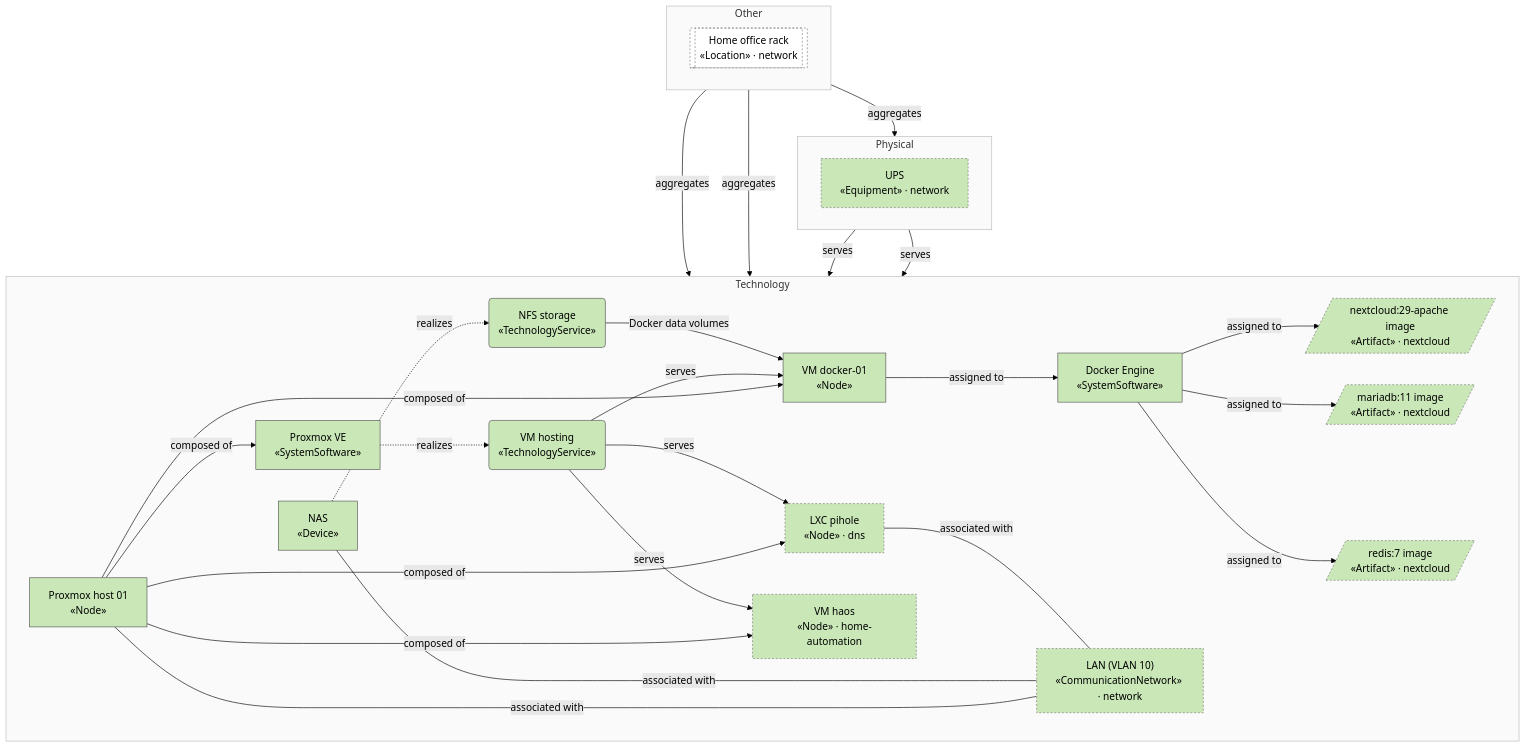
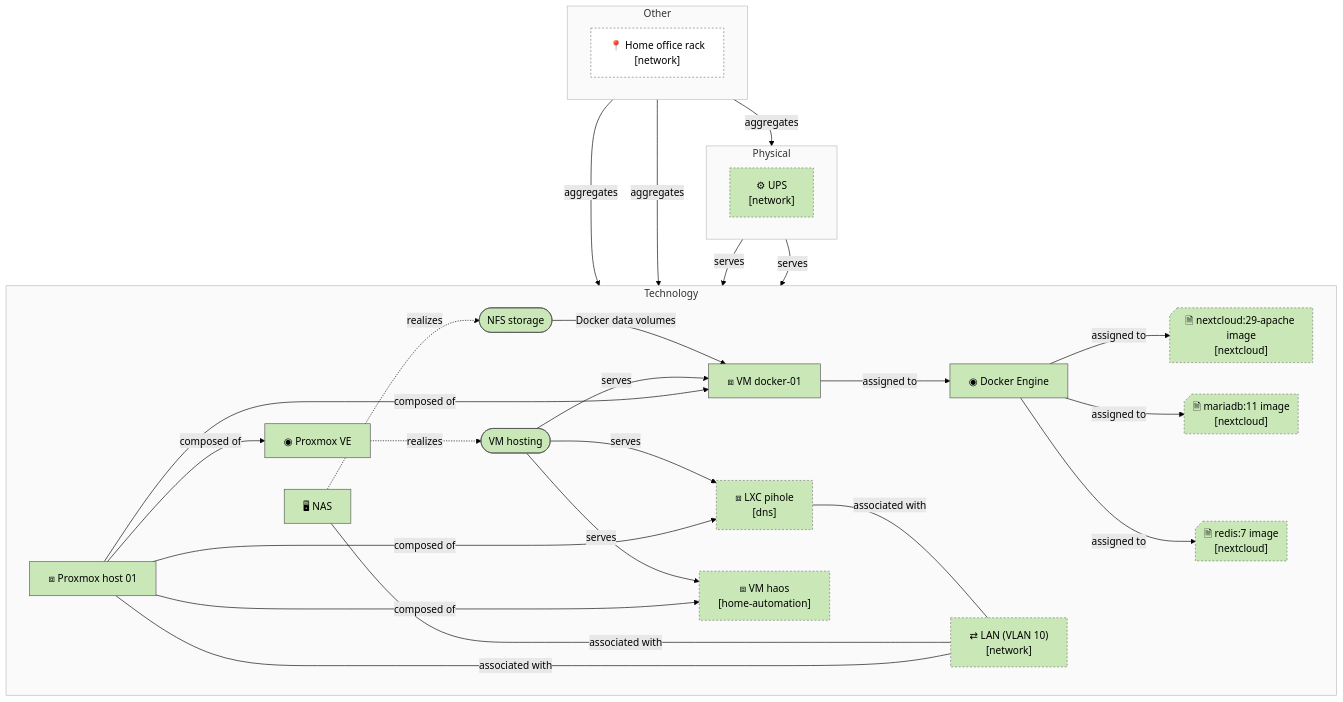
Before and after one commit to b-zig/a4m: the second of 3 diagrams in docs/compute/view-infrastructure.md, drawn with Mermaid (forest theme). The commit also changed other lines of this file and 15 other files, not shown here.

First line of the commit message:
Approximate ArchiMate notation in Mermaid flowcharts

````diff
--- a/docs/compute/view-infrastructure.md
+++ b/docs/compute/view-infrastructure.md
@@ -78,60 +80,60 @@
 ```mermaid
 flowchart TB
   subgraph layer_technology["Technology"]
     direction LR
-    tech_pve_01["Proxmox host 01<br/>«Node»"]
-    tech_proxmox_ve["Proxmox VE<br/>«SystemSoftware»"]
-    tech_vm_docker["VM docker-01<br/>«Node»"]
-    tech_docker["Docker Engine<br/>«SystemSoftware»"]
-    tech_nas["NAS<br/>«Device»"]
-    tech_svc_vm_hosting("VM hosting<br/>«TechnologyService»")
-    tech_svc_nfs("NFS storage<br/>«TechnologyService»")
-    dns__tech_lxc_pihole["LXC pihole<br/>«Node» · dns"]
-    home_automation__tech_vm_haos["VM haos<br/>«Node» · home-automation"]
-    network__tech_net_lan["LAN (VLAN 10)<br/>«CommunicationNetwork» · network"]
-    nextcloud__tech_art_mariadb[/"mariadb:11 image<br/>«Artifact» · nextcloud"/]
-    nextcloud__tech_art_nextcloud[/"nextcloud:29-apache image<br/>«Artifact» · nextcloud"/]
-    nextcloud__tech_art_redis[/"redis:7 image<br/>«Artifact» · nextcloud"/]
+    tech_pve_01@{ shape: rect, label: "⧈ Proxmox host 01" }
+    tech_proxmox_ve@{ shape: rect, label: "◉ Proxmox VE" }
+    tech_vm_docker@{ shape: rect, label: "⧈ VM docker-01" }
+    tech_docker@{ shape: rect, label: "◉ Docker Engine" }
+    tech_nas@{ shape: rect, label: "🖥 NAS" }
+    tech_svc_vm_hosting@{ shape: stadium, label: "VM hosting" }
+    tech_svc_nfs@{ shape: stadium, label: "NFS storage" }
+    dns__tech_lxc_pihole@{ shape: rect, label: "⧈ LXC pihole<br/>[dns]" }
+    home_automation__tech_vm_haos@{ shape: rect, label: "⧈ VM haos<br/>[home-automation]" }
+    network__tech_net_lan@{ shape: rect, label: "⇄ LAN (VLAN 10)<br/>[network]" }
+    nextcloud__tech_art_mariadb@{ shape: notch-rect, label: "🗎 mariadb:11 image<br/>[nextcloud]" }
+    nextcloud__tech_art_nextcloud@{ shape: notch-rect, label: "🗎 nextcloud:29-apache image<br/>[nextcloud]" }
+    nextcloud__tech_art_redis@{ shape: notch-rect, label: "🗎 redis:7 image<br/>[nextcloud]" }
   end
   subgraph layer_physical["Physical"]
     direction LR
-    network__phys_ups["UPS<br/>«Equipment» · network"]
+    network__phys_ups@{ shape: rect, label: "⚙ UPS<br/>[network]" }
   end
   subgraph layer_other["Other"]
     direction LR
-    network__oth_loc_home[["Home office rack<br/>«Location» · network"]]
+    network__oth_loc_home@{ shape: rect, label: "📍 Home office rack<br/>[network]" }
   end
   tech_pve_01 -->|"composed of"| tech_proxmox_ve
   tech_pve_01 -->|"composed of"| tech_vm_docker
   tech_proxmox_ve -.->|"realizes"| tech_svc_vm_hosting
   tech_svc_vm_hosting -->|"serves"| tech_vm_docker
   tech_vm_docker -->|"assigned to"| tech_docker
   tech_nas -.->|"realizes"| tech_svc_nfs
   tech_svc_nfs -->|"Docker data volumes"| tech_vm_docker
   network__oth_loc_home -->|"aggregates"| tech_pve_01
   network__oth_loc_home -->|"aggregates"| tech_nas
   network__phys_ups -->|"serves"| tech_pve_01
   network__phys_ups -->|"serves"| tech_nas
   tech_pve_01 ---|"associated with"| network__tech_net_lan
   tech_nas ---|"associated with"| network__tech_net_lan
   tech_pve_01 -->|"composed of"| dns__tech_lxc_pihole
   tech_svc_vm_hosting -->|"serves"| dns__tech_lxc_pihole
   dns__tech_lxc_pihole ---|"associated with"| network__tech_net_lan
   tech_pve_01 -->|"composed of"| home_automation__tech_vm_haos
   tech_svc_vm_hosting -->|"serves"| home_automation__tech_vm_haos
   network__oth_loc_home -->|"aggregates"| network__phys_ups
   tech_docker -->|"assigned to"| nextcloud__tech_art_nextcloud
   tech_docker -->|"assigned to"| nextcloud__tech_art_mariadb
   tech_docker -->|"assigned to"| nextcloud__tech_art_redis
   classDef technology fill:#C9E7B7,stroke:#555,color:#000
   class tech_pve_01,tech_proxmox_ve,tech_vm_docker,tech_docker,tech_nas,tech_svc_vm_hosting,tech_svc_nfs,dns__tech_lxc_pihole,home_automation__tech_vm_haos,network__tech_net_lan,nextcloud__tech_art_mariadb,nextcloud__tech_art_nextcloud,nextcloud__tech_art_redis technology
   style layer_technology fill:#fafafa,stroke:#bbb
   classDef physical fill:#C9E7B7,stroke:#555,color:#000
   class network__phys_ups physical
   style layer_physical fill:#fafafa,stroke:#bbb
   classDef other fill:#FFFFFF,stroke:#555,color:#000
   class network__oth_loc_home other
   style layer_other fill:#fafafa,stroke:#bbb
   classDef foreign stroke:#777,stroke-dasharray:3 3
   class dns__tech_lxc_pihole,home_automation__tech_vm_haos,network__oth_loc_home,network__phys_ups,network__tech_net_lan,nextcloud__tech_art_mariadb,nextcloud__tech_art_nextcloud,nextcloud__tech_art_redis foreign
 ```
````
